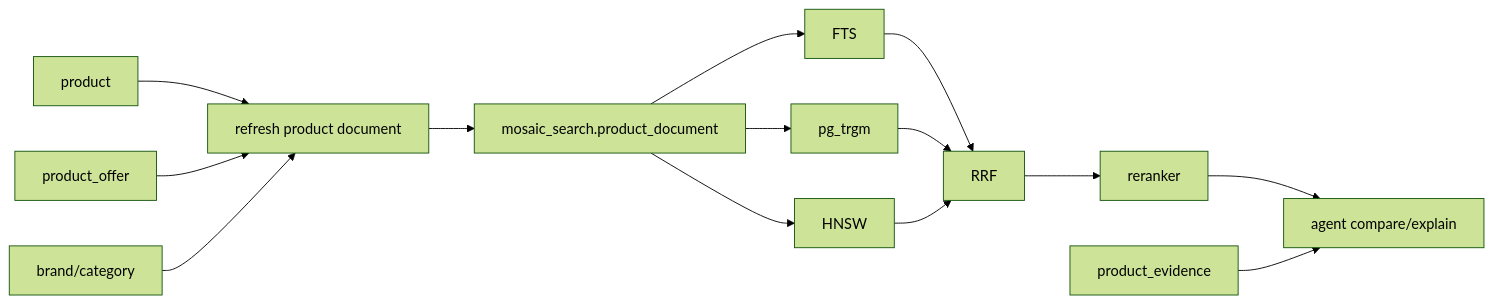
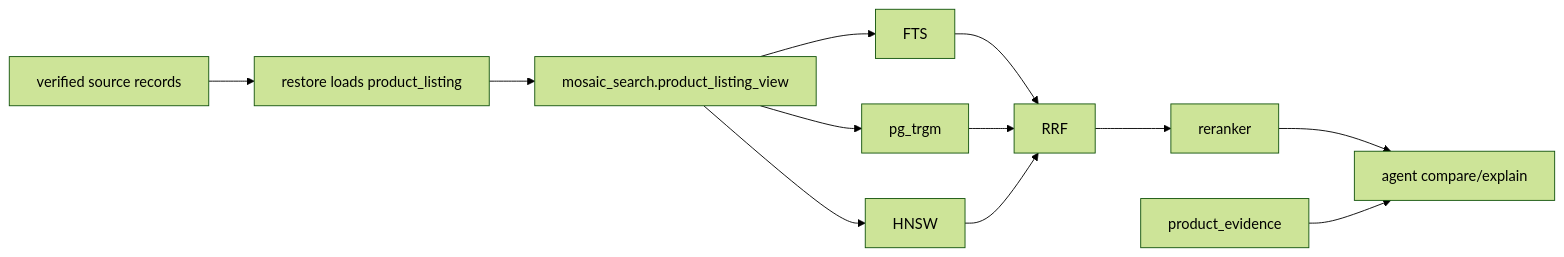
The diagram in db/docs/architecture.md (aws-samples/sample-agentic-hybrid-retrieval-aurora-postgresql), drawn with Mermaid (forest theme) before and after one commit. The commit also changed other lines of this file and 22 other files, not shown here.

First line of the commit message:
Describe the one search schema in the docs

````diff
--- a/db/docs/architecture.md
+++ b/db/docs/architecture.md
@@ -25,16 +25,14 @@
 ```mermaid
 flowchart LR
-    P[product] --> R[refresh product document]
-    O[product_offer] --> R
-    B[brand/category] --> R
-    R --> D[mosaic_search.product_document]
+    S[verified source records] --> R[restore loads product_listing]
+    R --> D[mosaic_search.product_listing_view]
     D --> F[FTS]
     D --> T[pg_trgm]
     D --> V[HNSW]
     F --> X[RRF]
     T --> X
     V --> X
     X --> RR[reranker]
     RR --> A[agent compare/explain]
     E[product_evidence] --> A
 ```
````
